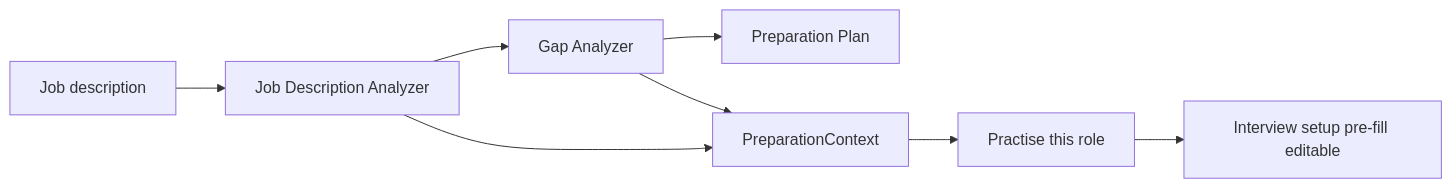
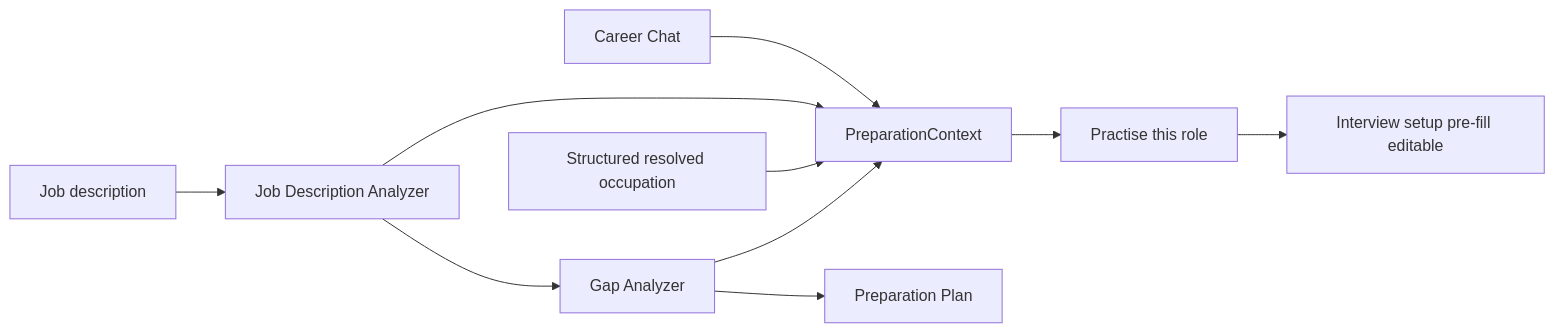
The third of 4 diagrams in README.md (moaltamimi-unbiasedtalent/Interview-Practice-Studio), drawn with Mermaid before and after one commit. The commit also changed other lines of this file and 4 other files, not shown here.

````diff
--- a/README.md
+++ b/README.md
@@ -141,10 +149,12 @@
 ```mermaid
 flowchart LR
+    CHAT[Career Chat] --> PC[PreparationContext]
     JD[Job description] --> JA[Job Description Analyzer]
     JA --> GA[Gap Analyzer]
     GA --> PP[Preparation Plan]
-    JA --> PC[PreparationContext]
+    JA --> PC
     GA --> PC
+    OCC[Structured resolved occupation] --> PC
     PC --> HO["Practise this role"]
     HO --> SETUP[Interview setup pre-fill editable]
 ```
````
